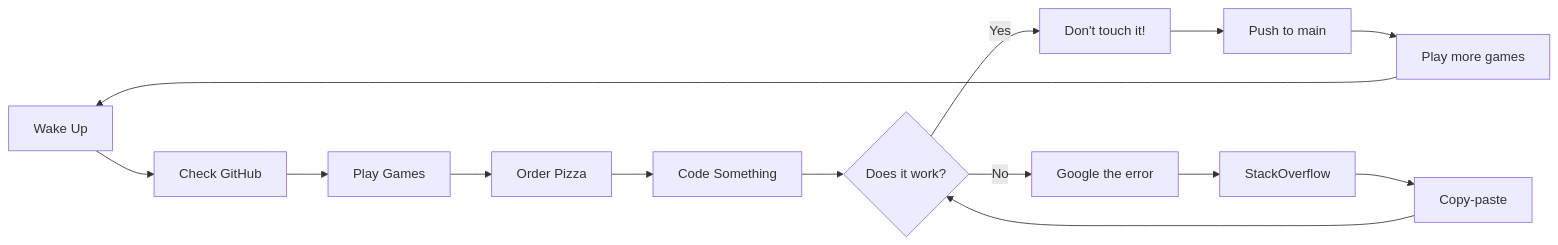
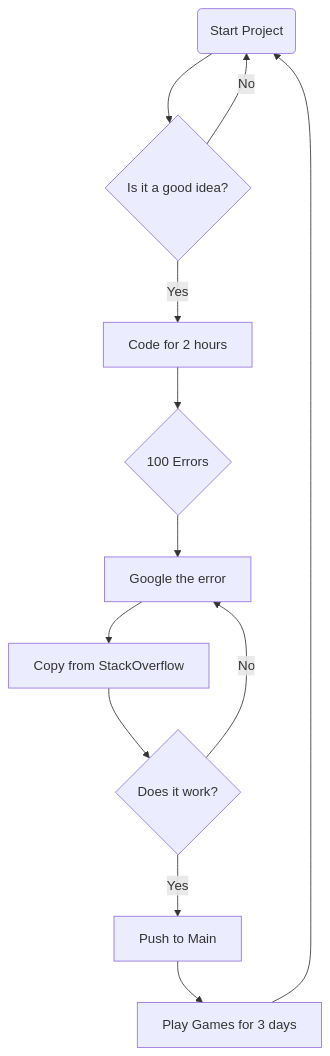
Before and after one commit to Enfuir/Enfuir: the diagram in README.md, drawn with Mermaid. The commit also changed other lines of this file, not shown here.

````diff
--- a/README.md
+++ b/README.md
@@ -115,16 +98,14 @@
 ```mermaid
-graph LR
-    A[Wake Up] --> B[Check GitHub]
-    B --> C[Play Games]
-    C --> D[Order Pizza]
-    D --> E[Code Something]
-    E --> F{Does it work?}
-    F -->|Yes| G[Don't touch it!]
-    F -->|No| H[Google the error]
-    H --> I[StackOverflow]
-    I --> J[Copy-paste]
-    J --> F
-    G --> K[Push to main]
-    K --> L[Play more games]
-    L --> A
+graph TD
+    Start(Start Project) --> Idea{Is it a good idea?}
+    Idea -- No --> Start
+    Idea -- Yes --> Code[Code for 2 hours]
+    Code --> Error{100 Errors}
+    Error --> Google[Google the error]
+    Google --> Stack[Copy from StackOverflow]
+    Stack --> Works{Does it work?}
+    Works -- No --> Google
+    Works -- Yes --> Main[Push to Main]
+    Main --> Games[Play Games for 3 days]
+    Games --> Start
 ```
````
